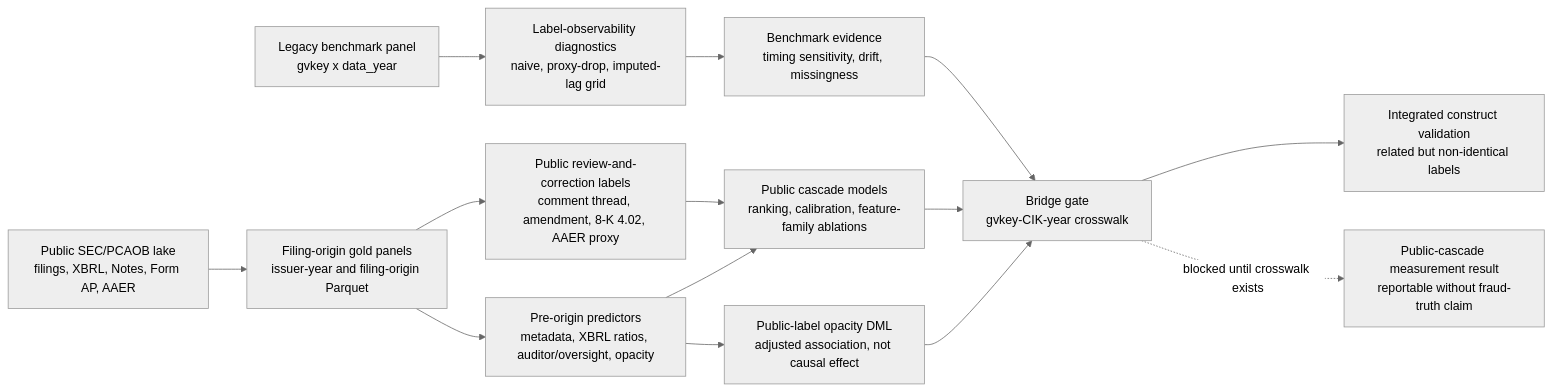
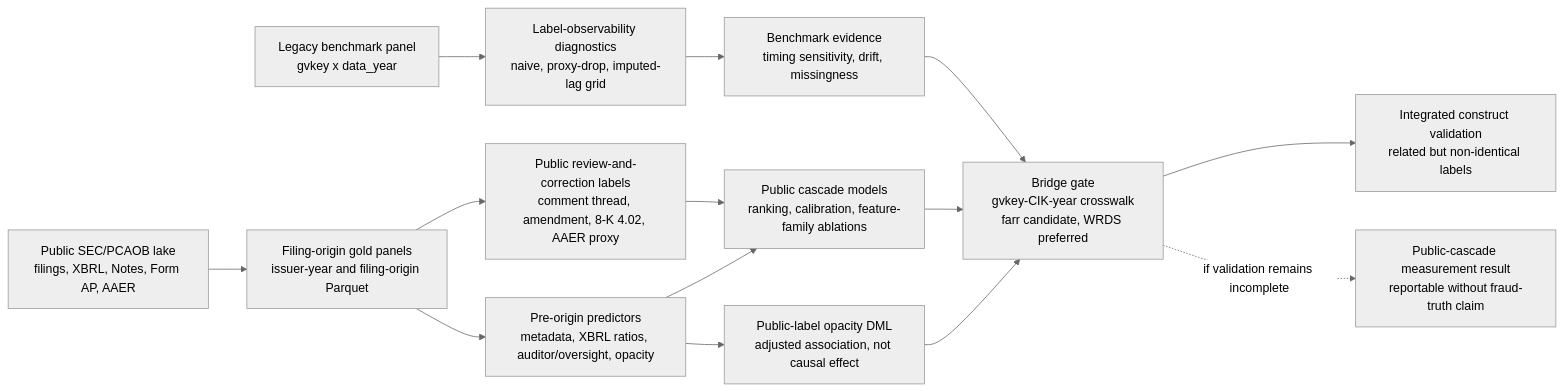
One commit to TY-Cheng/reporting-risk-cascade changed the diagram in docs/paper_plan.md. Above: the diagram before and after it, drawn with Mermaid (neutral theme). The commit also changed other lines of this file and 14 other files, not shown here.

````diff
--- a/docs/paper_plan.md
+++ b/docs/paper_plan.md
@@ -99,18 +100,18 @@
 ```mermaid
 flowchart LR
     A["Legacy benchmark panel<br/>gvkey x data_year"] --> B["Label-observability diagnostics<br/>naive, proxy-drop, imputed-lag grid"]
     B --> C["Benchmark evidence<br/>timing sensitivity, drift, missingness"]
 
     D["Public SEC/PCAOB lake<br/>filings, XBRL, Notes, Form AP, AAER"] --> E["Filing-origin gold panels<br/>issuer-year and filing-origin Parquet"]
     E --> F["Public review-and-correction labels<br/>comment thread, amendment, 8-K 4.02, AAER proxy"]
     E --> G["Pre-origin predictors<br/>metadata, XBRL ratios, auditor/oversight, opacity"]
     F --> H["Public cascade models<br/>ranking, calibration, feature-family ablations"]
     G --> H
     G --> I["Public-label opacity DML<br/>adjusted association, not causal effect"]
 
-    C --> J["Bridge gate<br/>gvkey-CIK-year crosswalk"]
+    C --> J["Bridge gate<br/>gvkey-CIK-year crosswalk<br/>farr candidate, WRDS preferred"]
     H --> J
     I --> J
     J --> K["Integrated construct validation<br/>related but non-identical labels"]
-    J -. "blocked until crosswalk exists" .-> L["Public-cascade measurement result<br/>reportable without fraud-truth claim"]
+    J -. "if validation remains incomplete" .-> L["Public-cascade measurement result<br/>reportable without fraud-truth claim"]
 ```
````
